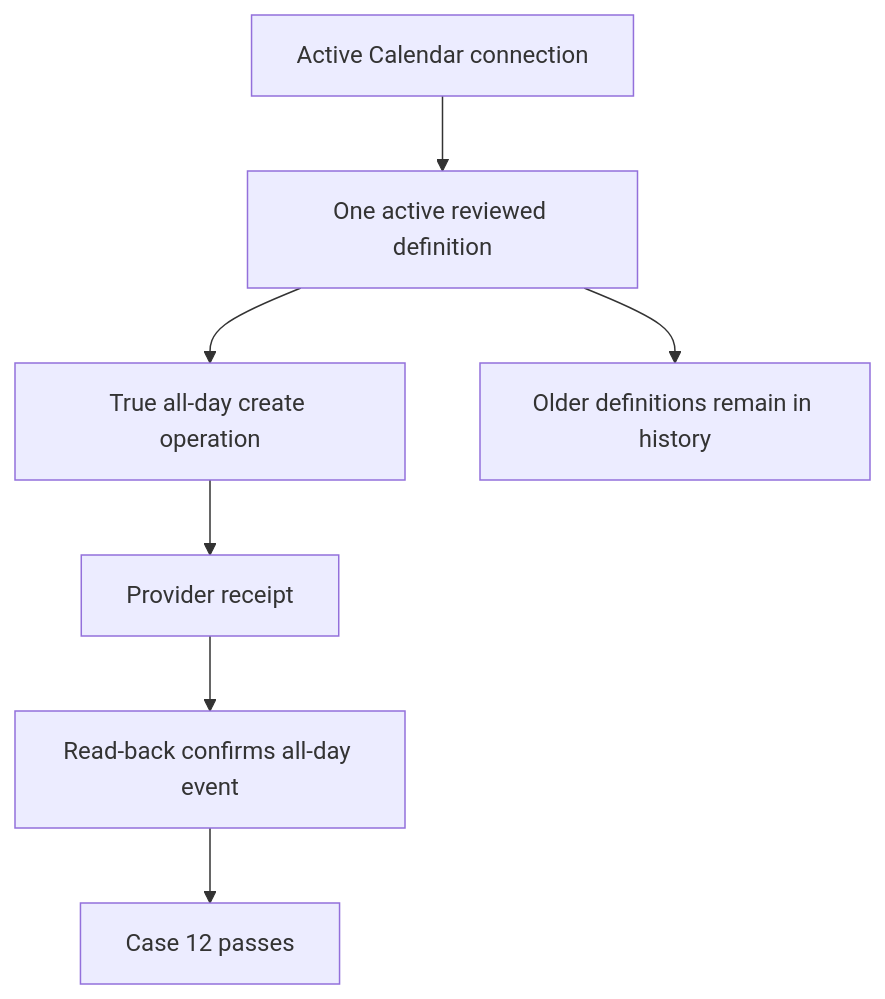
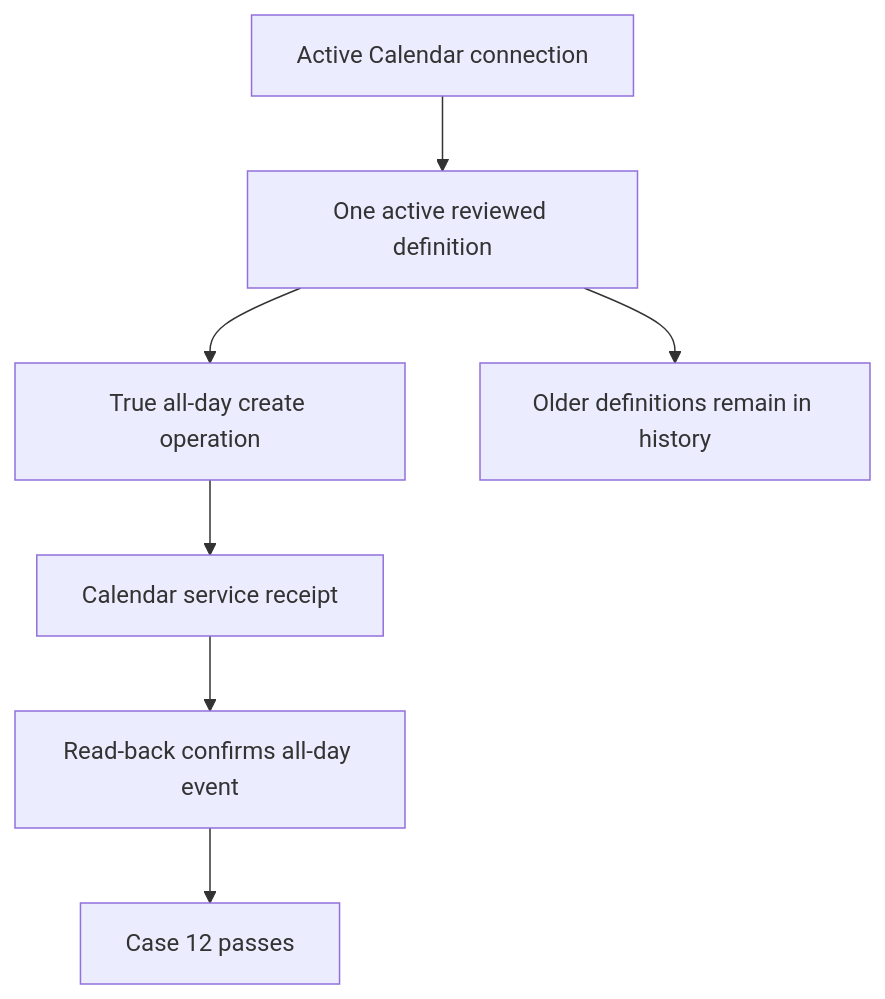
One commit to kpsuperplane/Noema changed diagram 22 of 29 in docs/superpowers/plans/2026-08-08-noema-practical-reliability-roadmap.md. Above: the diagram before and after it, drawn with Mermaid. The commit also changed other lines of this file, not shown here.

Commit message:
docs: apply plain terms across roadmap

````diff
--- a/docs/superpowers/plans/2026-08-08-noema-practical-reliability-roadmap.md
+++ b/docs/superpowers/plans/2026-08-08-noema-practical-reliability-roadmap.md
@@ -1274,13 +1284,13 @@
 ```mermaid
 flowchart TD
     A["Active Calendar connection"]
     B["One active reviewed definition"]
     C["True all-day create operation"]
-    D["Provider receipt"]
+    D["Calendar service receipt"]
     E["Read-back confirms all-day event"]
     F["Case 12 passes"]
     G["Older definitions remain in history"]
 
     A --> B --> C --> D --> E --> F
     B --> G
 ```
````
